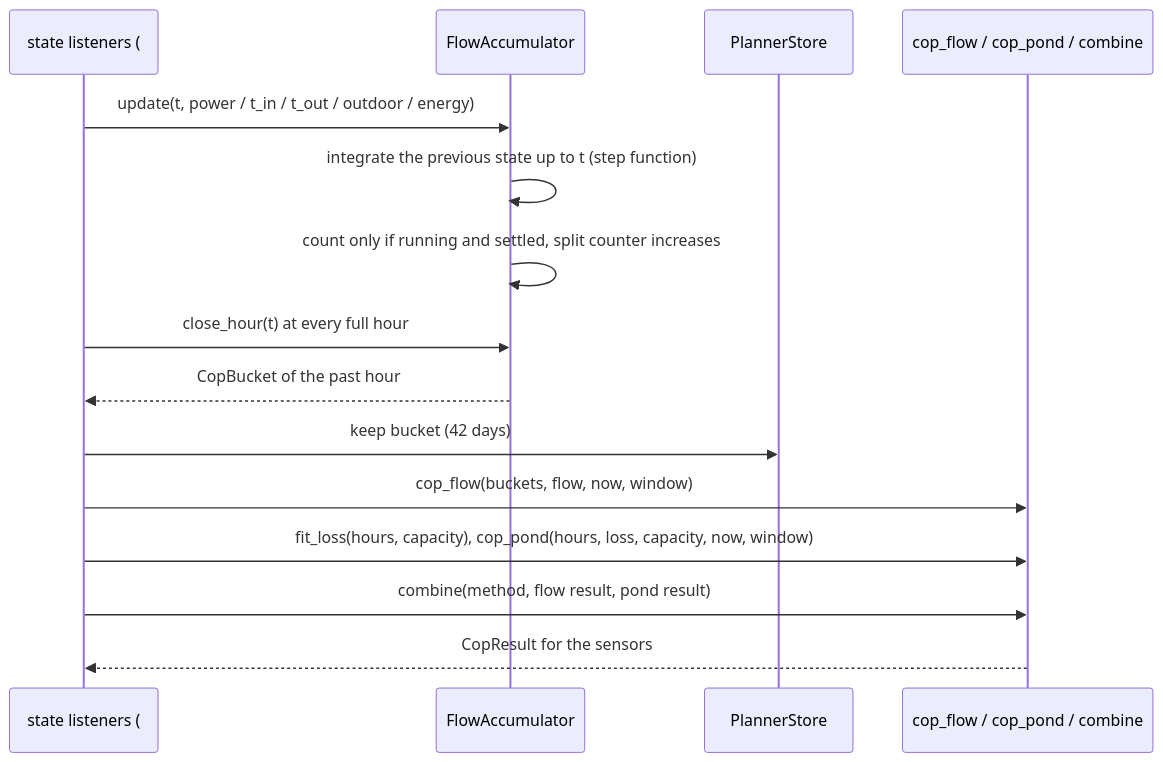
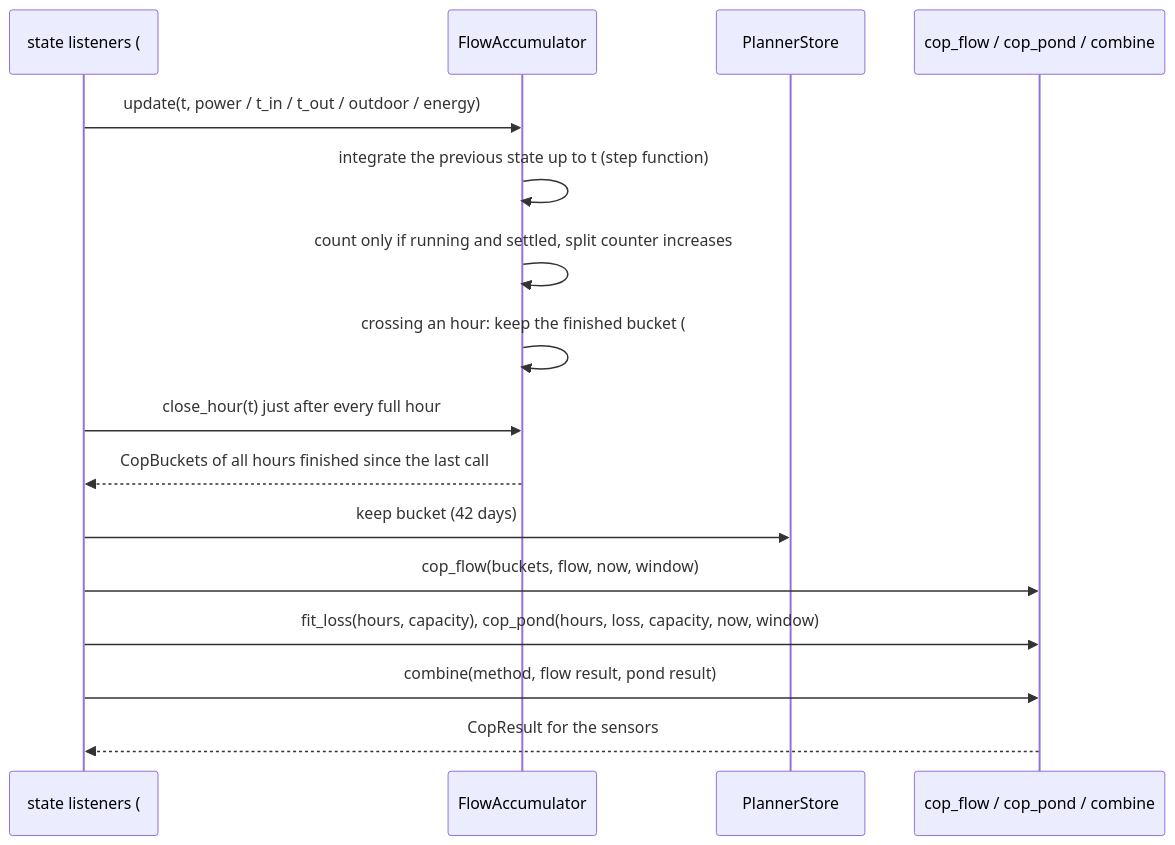
One commit to abroeders/pond-heatpump-price-planner changed diagram 11 of 25 in docs/architecture.md. Above: the diagram before and after it, drawn with Mermaid. The commit also changed other lines of this file and 5 other files, not shown here.

Commit message:
fix(cop): keep every finished hour of the flow method (#30)

````diff
--- a/docs/architecture.md
+++ b/docs/architecture.md
@@ -510,17 +510,18 @@
 ```mermaid
 sequenceDiagram
     participant HA as state listeners (#5)
     participant Acc as FlowAccumulator
     participant Store as PlannerStore
     participant Calc as cop_flow / cop_pond / combine
     HA->>Acc: update(t, power / t_in / t_out / outdoor / energy)
     Acc->>Acc: integrate the previous state up to t (step function)
     Acc->>Acc: count only if running and settled, split counter increases
-    HA->>Acc: close_hour(t) at every full hour
-    Acc-->>HA: CopBucket of the past hour
+    Acc->>Acc: crossing an hour: keep the finished bucket (#30)
+    HA->>Acc: close_hour(t) just after every full hour
+    Acc-->>HA: CopBuckets of all hours finished since the last call
     HA->>Store: keep bucket (42 days)
     HA->>Calc: cop_flow(buckets, flow, now, window)
     HA->>Calc: fit_loss(hours, capacity), cop_pond(hours, loss, capacity, now, window)
     HA->>Calc: combine(method, flow result, pond result)
     Calc-->>HA: CopResult for the sensors
 ```
````
